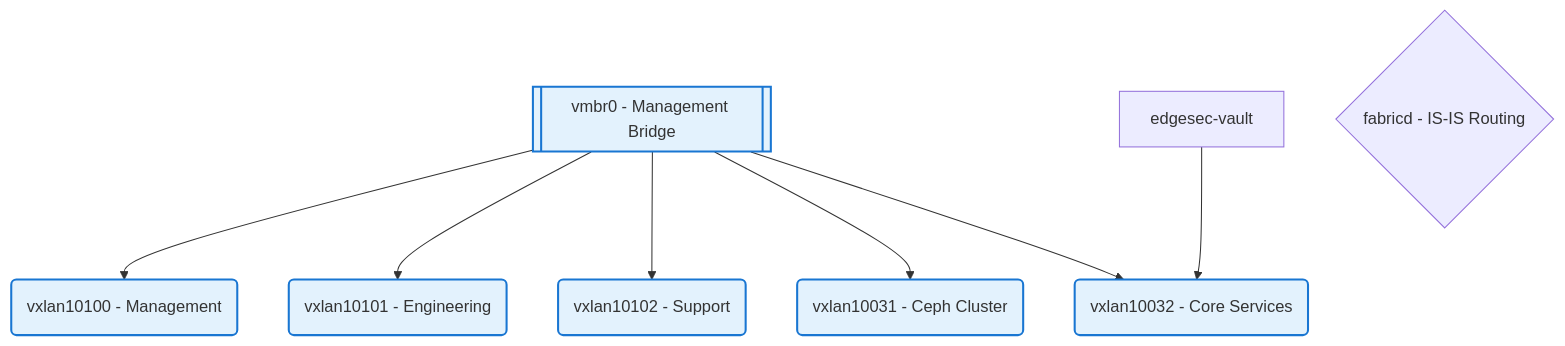
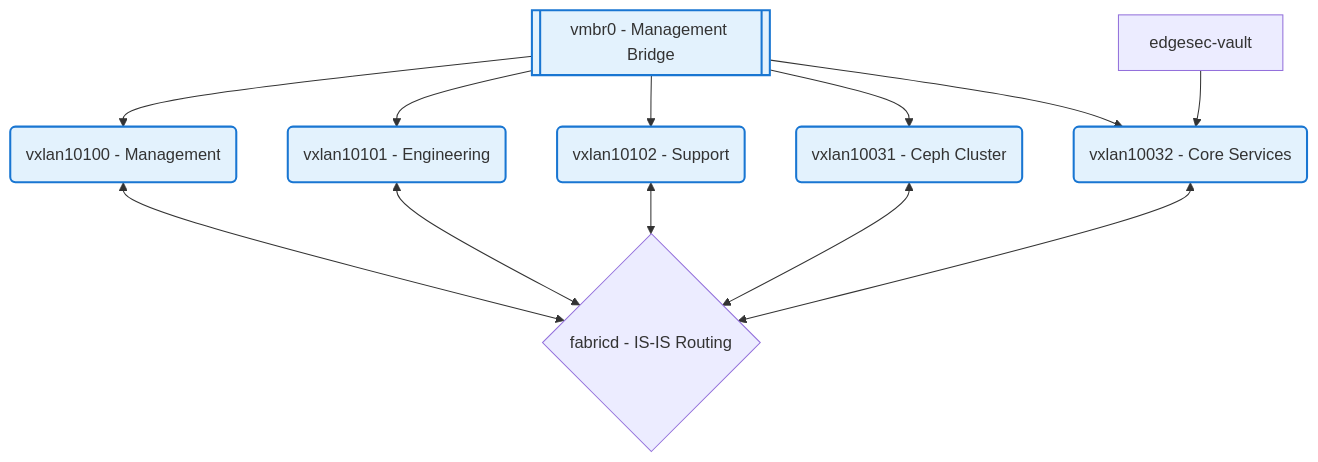
Before and after one commit to CEP-Comwell/proxmox_addons: the second of 4 diagrams in README.md, drawn with Mermaid. The commit also changed other lines of this file, not shown here.

Commit message:
test connectors fabricd to vxlan

````diff
--- a/README.md
+++ b/README.md
@@ -81,19 +81,24 @@
 ```mermaid
 graph TD
 MgmtBridge[[vmbr0 - Management Bridge]]
 VX10100(vxlan10100 - Management)
 VX10101(vxlan10101 - Engineering)
 VX10102(vxlan10102 - Support)
 VXCEPH2(vxlan10031 - Ceph Cluster)
 VX10032(vxlan10032 - Core Services)
 VaultVM[edgesec-vault]
 Fabricd{fabricd - IS-IS Routing}
 MgmtBridge --> VX10100
 MgmtBridge --> VX10101
 MgmtBridge --> VX10102
 MgmtBridge --> VXCEPH2
 MgmtBridge --> VX10032
 VaultVM --> VX10032
+VX10100 <--> Fabricd
+VX10101 <--> Fabricd
+VX10102 <--> Fabricd
+VXCEPH2 <--> Fabricd
+VX10032 <--> Fabricd
 classDef mgmt fill:#e3f2fd,stroke:#1976d2,stroke-width:2px;
 class MgmtBridge,VX10100,VX10101,VX10102,VXCEPH2,VX10032 mgmt;
 ```
````
